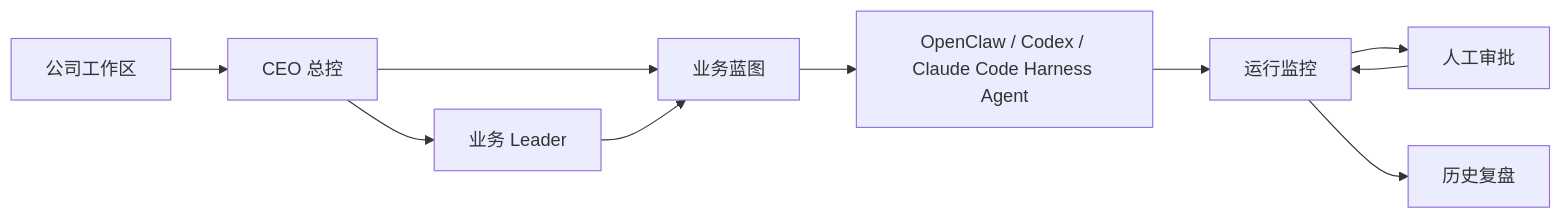
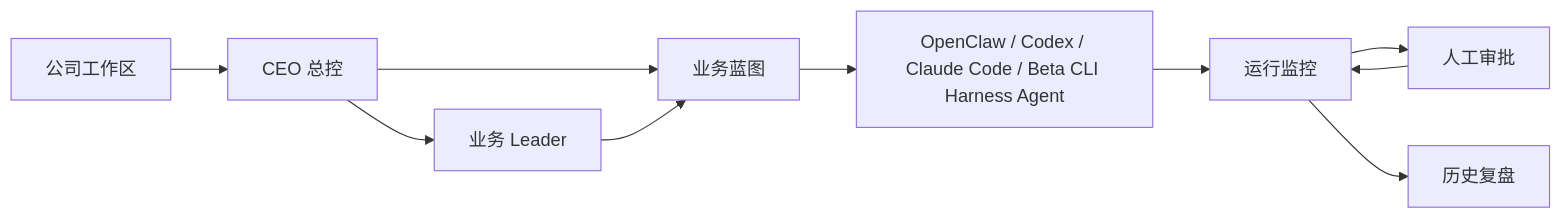
The diagram in README.md (aaa2828338/HiveWard), drawn with Mermaid before and after one commit. The commit also changed other lines of this file and 2 other files, not shown here.

````diff
--- a/README.md
+++ b/README.md
@@ -79,21 +80,21 @@
 ```mermaid
 graph LR
   Company[公司工作区]
   CEO[CEO 总控]
   Leader[业务 Leader]
   Blueprint[业务蓝图]
-  Harness[OpenClaw / Codex / Claude Code Harness Agent]
+  Harness[OpenClaw / Codex / Claude Code / Beta CLI Harness Agent]
   Run[运行监控]
   Approval[人工审批]
   History[历史复盘]
 
   Company --> CEO
   CEO --> Leader
   CEO --> Blueprint
   Leader --> Blueprint
   Blueprint --> Harness
   Harness --> Run
   Run --> Approval
   Approval --> Run
   Run --> History
 ```
````
